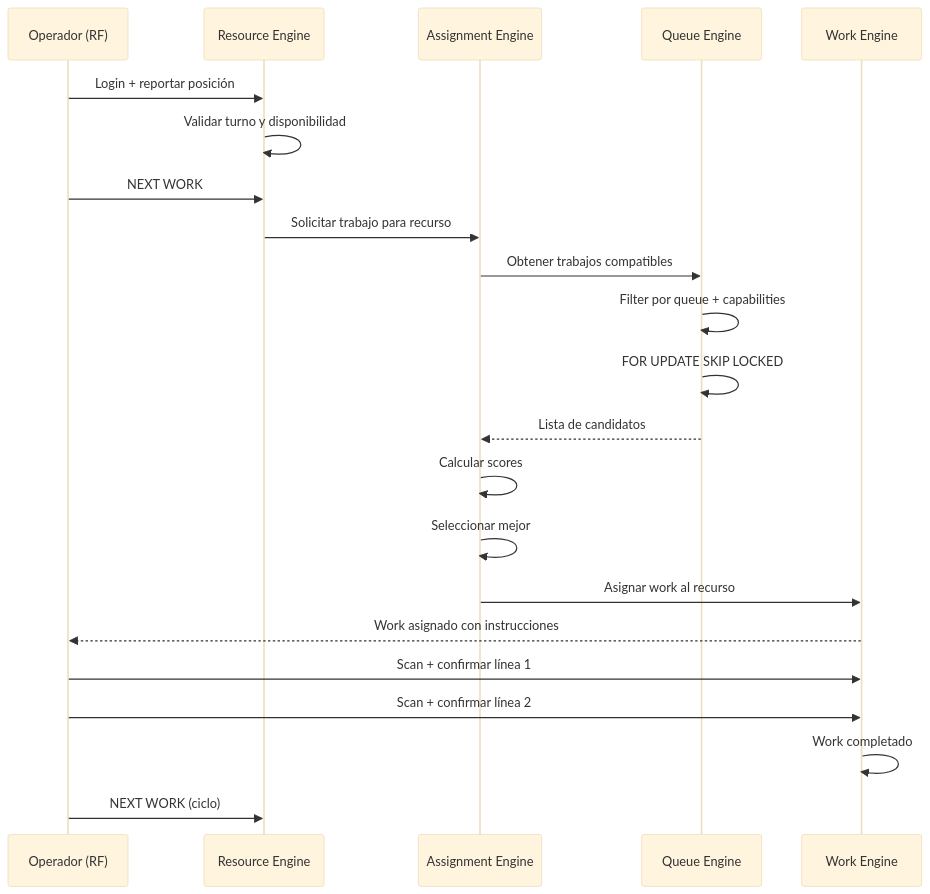
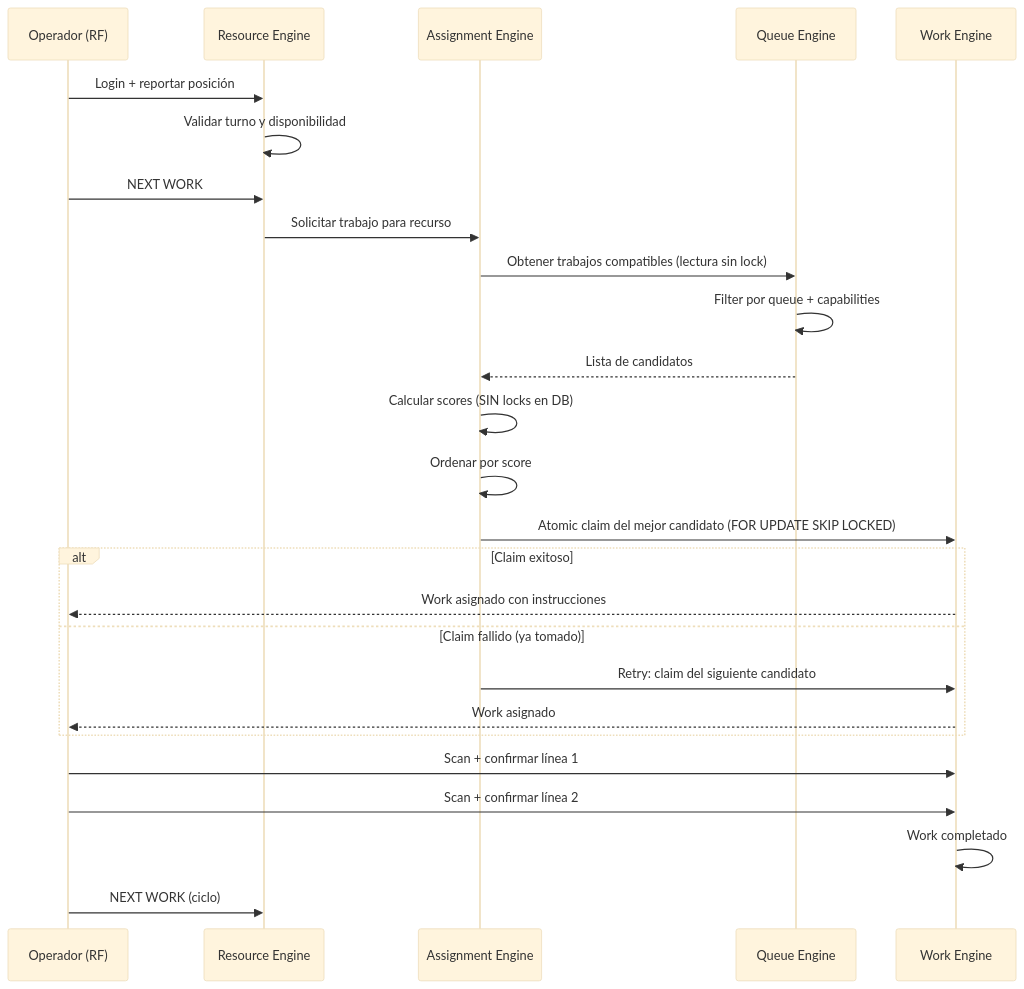
Before and after one commit to Oravlalesco/Odoo-ERP: the diagram in docs/01-dominios/05-resources.md, drawn with Mermaid (base theme). The commit also changed other lines of this file and 13 other files, not shown here.

First line of the commit message:
refactor(docs): WMS Blueprint v1.1 - architectural corrections

````diff
--- a/docs/01-dominios/05-resources.md
+++ b/docs/01-dominios/05-resources.md
@@ -152,25 +156,29 @@
 ```mermaid
 sequenceDiagram
     participant OP as Operador (RF)
     participant RE as Resource Engine
     participant AE as Assignment Engine
     participant QE as Queue Engine
     participant WE as Work Engine
 
     OP->>RE: Login + reportar posición
     RE->>RE: Validar turno y disponibilidad
     OP->>RE: NEXT WORK
     RE->>AE: Solicitar trabajo para recurso
-    AE->>QE: Obtener trabajos compatibles
+    AE->>QE: Obtener trabajos compatibles (lectura sin lock)
     QE->>QE: Filter por queue + capabilities
-    QE->>QE: FOR UPDATE SKIP LOCKED
     QE-->>AE: Lista de candidatos
-    AE->>AE: Calcular scores
-    AE->>AE: Seleccionar mejor
-    AE->>WE: Asignar work al recurso
-    WE-->>OP: Work asignado con instrucciones
+    AE->>AE: Calcular scores (SIN locks en DB)
+    AE->>AE: Ordenar por score
+    AE->>WE: Atomic claim del mejor candidato (FOR UPDATE SKIP LOCKED)
+    alt Claim exitoso
+        WE-->>OP: Work asignado con instrucciones
+    else Claim fallido (ya tomado)
+        AE->>WE: Retry: claim del siguiente candidato
+        WE-->>OP: Work asignado
+    end
     OP->>WE: Scan + confirmar línea 1
     OP->>WE: Scan + confirmar línea 2
     WE->>WE: Work completado
     OP->>RE: NEXT WORK (ciclo)
 ```
````
